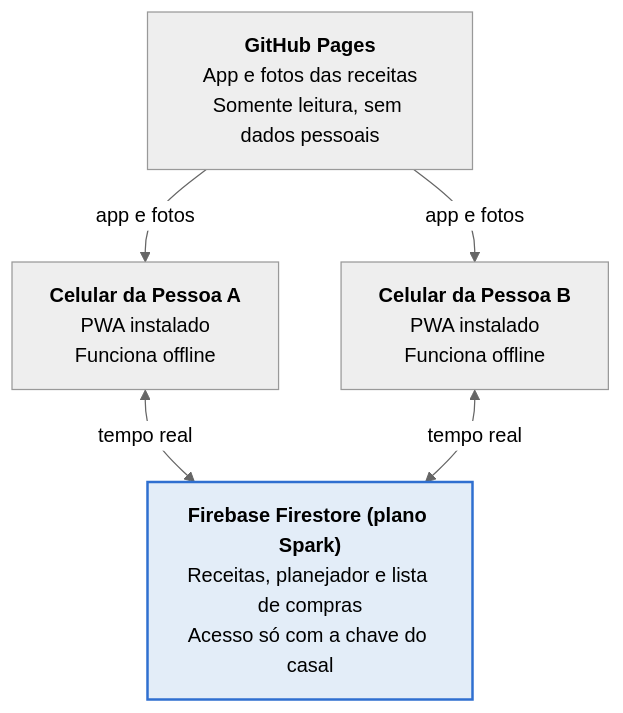
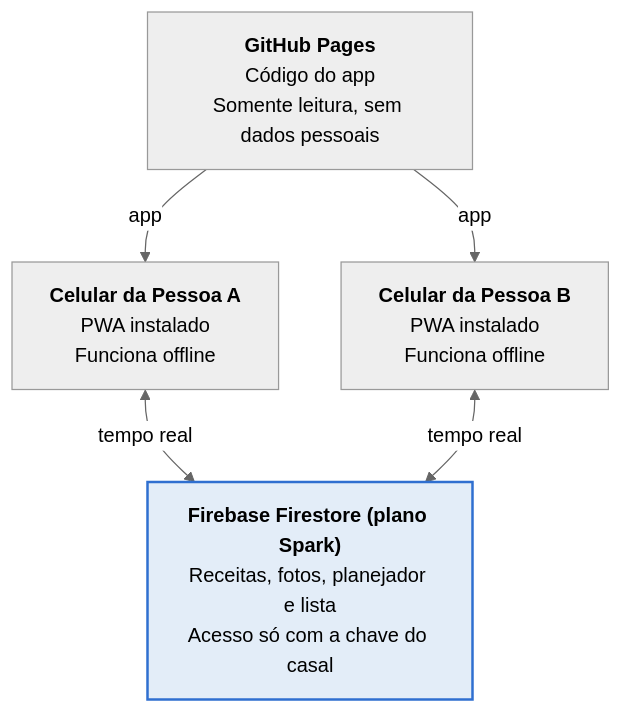
One commit to isabela2404/preparos changed the first of 2 diagrams in docs/visao-produto-requisitos.md. Above: the diagram before and after it, drawn with Mermaid (neutral theme). The commit also changed other lines of this file and 11 other files, not shown here.

First line of the commit message:
Fotos das receitas enviadas pelo app

````diff
--- a/docs/visao-produto-requisitos.md
+++ b/docs/visao-produto-requisitos.md
@@ -193,14 +193,14 @@
 ```mermaid
 flowchart TB
-    pages["<b>GitHub Pages</b><br/>App e fotos das receitas<br/>Somente leitura, sem dados pessoais"]
+    pages["<b>GitHub Pages</b><br/>Código do app<br/>Somente leitura, sem dados pessoais"]
     pessoaA["<b>Celular da Pessoa A</b><br/>PWA instalado<br/>Funciona offline"]
     pessoaB["<b>Celular da Pessoa B</b><br/>PWA instalado<br/>Funciona offline"]
-    fs["<b>Firebase Firestore (plano Spark)</b><br/>Receitas, planejador e lista de compras<br/>Acesso só com a chave do casal"]
+    fs["<b>Firebase Firestore (plano Spark)</b><br/>Receitas, fotos, planejador e lista<br/>Acesso só com a chave do casal"]
 
-    pages -- "app e fotos" --> pessoaA
-    pages -- "app e fotos" --> pessoaB
+    pages -- "app" --> pessoaA
+    pages -- "app" --> pessoaB
     pessoaA <-- "tempo real" --> fs
     pessoaB <-- "tempo real" --> fs
 
     style fs fill:#E3EDF8,stroke:#2F6FD0,stroke-width:2px
 ```
````
